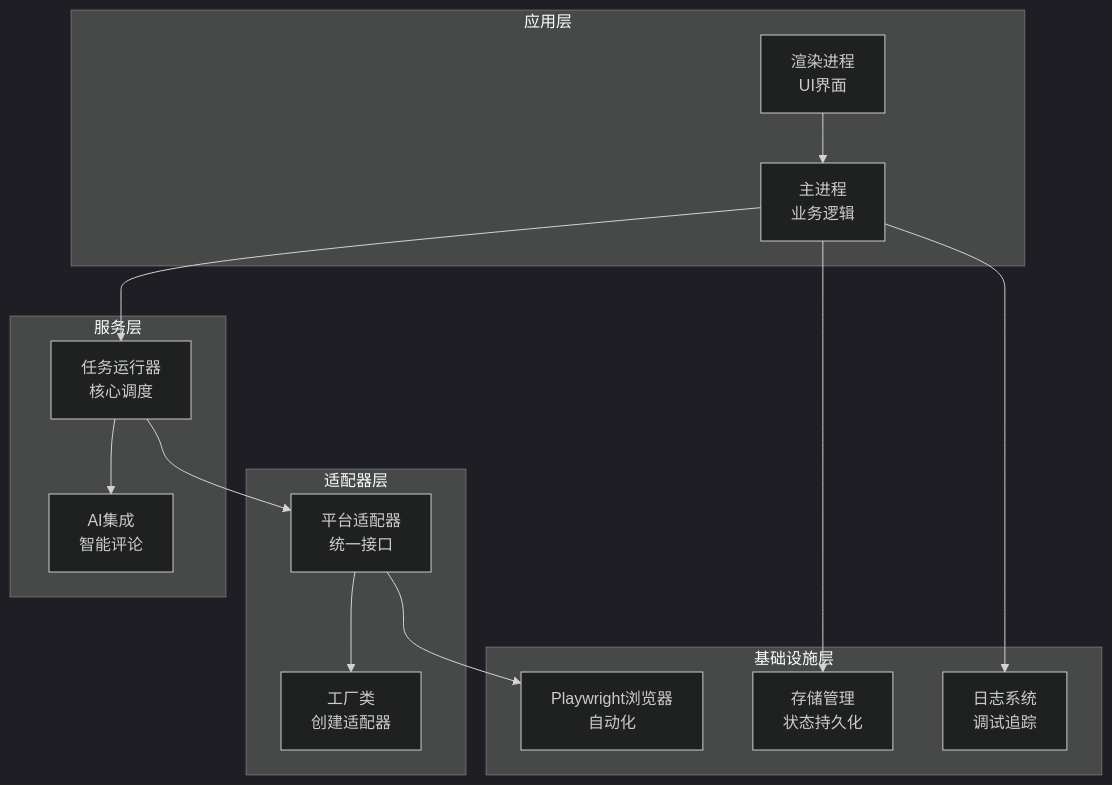
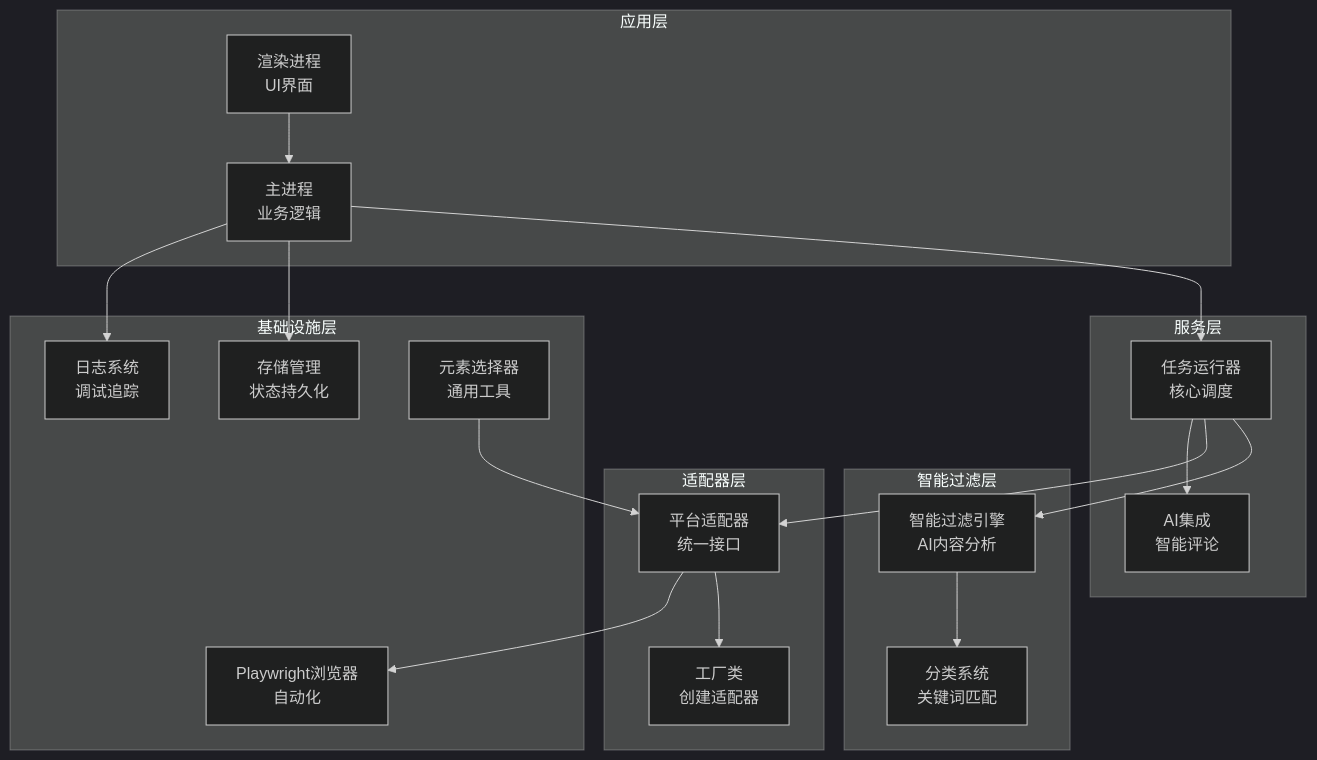
One commit to hipig/autoOps changed the fourth of 11 diagrams in .qoder/repowiki/zh/content/核心模块/平台适配器系统/平台适配器实现.md. Above: the diagram before and after it, drawn with Mermaid (dark theme). The commit also changed other lines of this file and 37 other files, not shown here.

````diff
--- a/.qoder/repowiki/zh/content/核心模块/平台适配器系统/平台适配器实现.md
+++ b/.qoder/repowiki/zh/content/核心模块/平台适配器系统/平台适配器实现.md
@@ -211,28 +234,36 @@
 ```mermaid
 graph TB
 subgraph "应用层"
 Renderer[渲染进程<br/>UI界面]
 Main[主进程<br/>业务逻辑]
+end
+subgraph "智能过滤层"
+FilterEngine[智能过滤引擎<br/>AI内容分析]
+CategorySystem[分类系统<br/>关键词匹配]
 end
 subgraph "适配器层"
 Adapter[平台适配器<br/>统一接口]
 Factory[工厂类<br/>创建适配器]
 end
 subgraph "服务层"
 TaskRunner[任务运行器<br/>核心调度]
 AIIntegration[AI集成<br/>智能评论]
 end
 subgraph "基础设施层"
 Browser[Playwright浏览器<br/>自动化]
 Storage[存储管理<br/>状态持久化]
 Logger[日志系统<br/>调试追踪]
+Elements[元素选择器<br/>通用工具]
 end
 Renderer --> Main
 Main --> TaskRunner
+TaskRunner --> FilterEngine
+FilterEngine --> CategorySystem
 TaskRunner --> Adapter
 Adapter --> Factory
 TaskRunner --> AIIntegration
 Adapter --> Browser
 Main --> Storage
 Main --> Logger
+Elements --> Adapter
 ```
````
